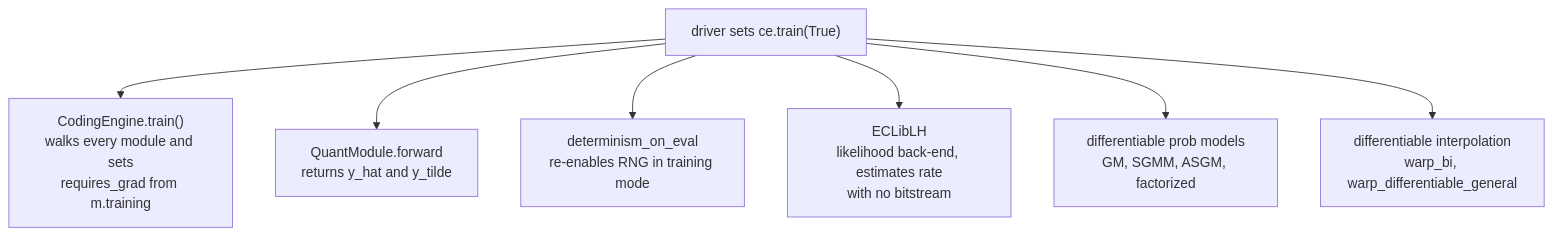
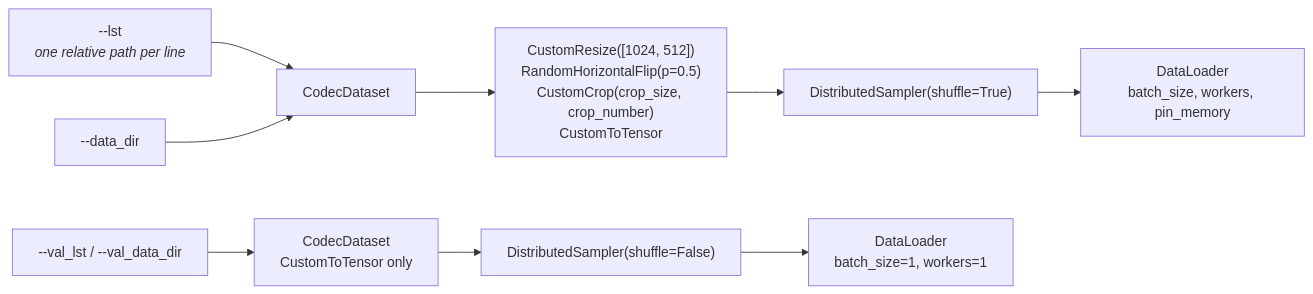
One commit to akarabutov/jpeg-ai-reference-software changed the fourth of 5 diagrams in docs/architecture/13-training.md. Above: the diagram before and after it, drawn with Mermaid. The commit also changed other lines of this file and 1 other file, not shown here.

First line of the commit message:
Rewrite the training chapter against the shipped training code

````diff
--- a/docs/architecture/13-training.md
+++ b/docs/architecture/13-training.md
@@ -493,9 +421,12 @@
 ```mermaid
-flowchart TB
-    T["driver sets ce.train(True)"] --> A["CodingEngine.train()<br/>walks every module and sets<br/>requires_grad from m.training"]
-    T --> B["QuantModule.forward<br/>returns y_hat and y_tilde"]
-    T --> C["determinism_on_eval<br/>re-enables RNG in training mode"]
-    T --> D["ECLibLH<br/>likelihood back-end, estimates rate<br/>with no bitstream"]
-    T --> E["differentiable prob models<br/>GM, SGMM, ASGM, factorized"]
-    T --> F["differentiable interpolation<br/>warp_bi, warp_differentiable_general"]
+flowchart LR
+    LST["--lst<br/><i>one relative path per line</i>"] --> DS["CodecDataset"]
+    DIR["--data_dir"] --> DS
+    DS --> TF["CustomResize([1024, 512])<br/>RandomHorizontalFlip(p=0.5)<br/>CustomCrop(crop_size, crop_number)<br/>CustomToTensor"]
+    TF --> SAMP["DistributedSampler(shuffle=True)"]
+    SAMP --> DL["DataLoader<br/>batch_size, workers, pin_memory"]
+
+    VLST["--val_lst / --val_data_dir"] --> VDS["CodecDataset<br/>CustomToTensor only"]
+    VDS --> VSAMP["DistributedSampler(shuffle=False)"]
+    VSAMP --> VDL["DataLoader<br/>batch_size=1, workers=1"]
 ```
````
